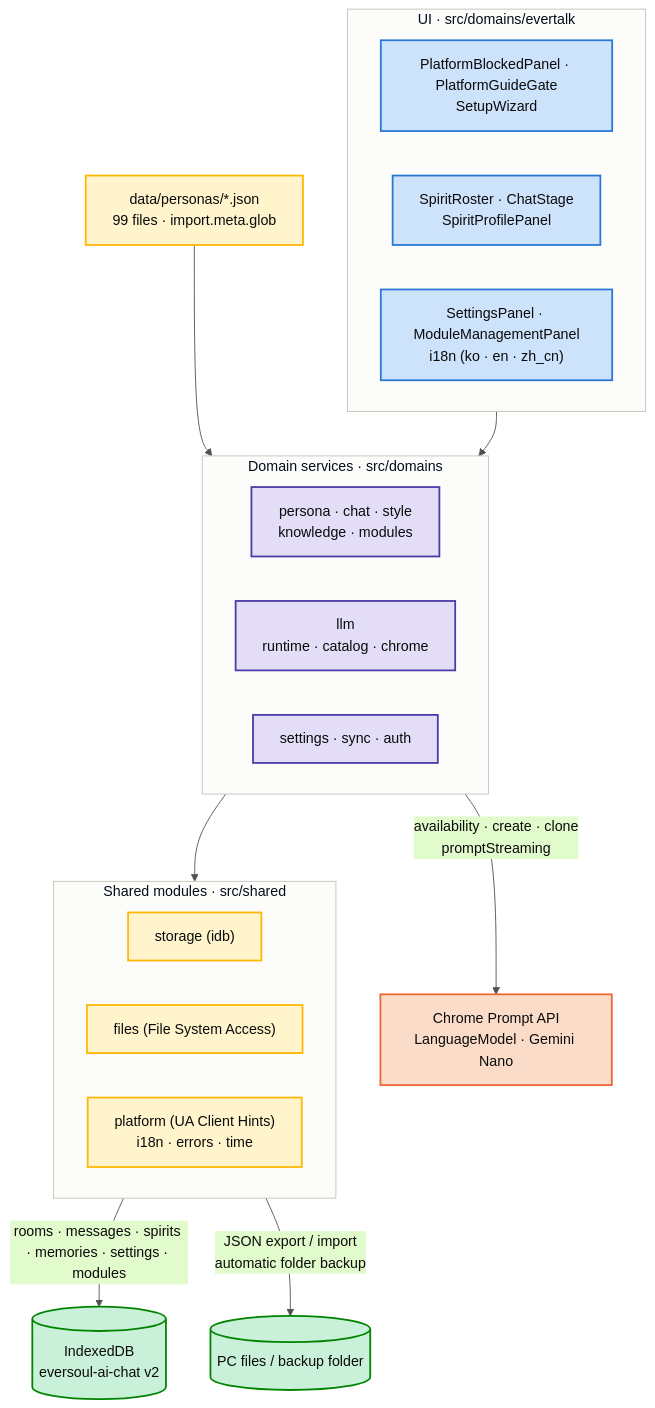
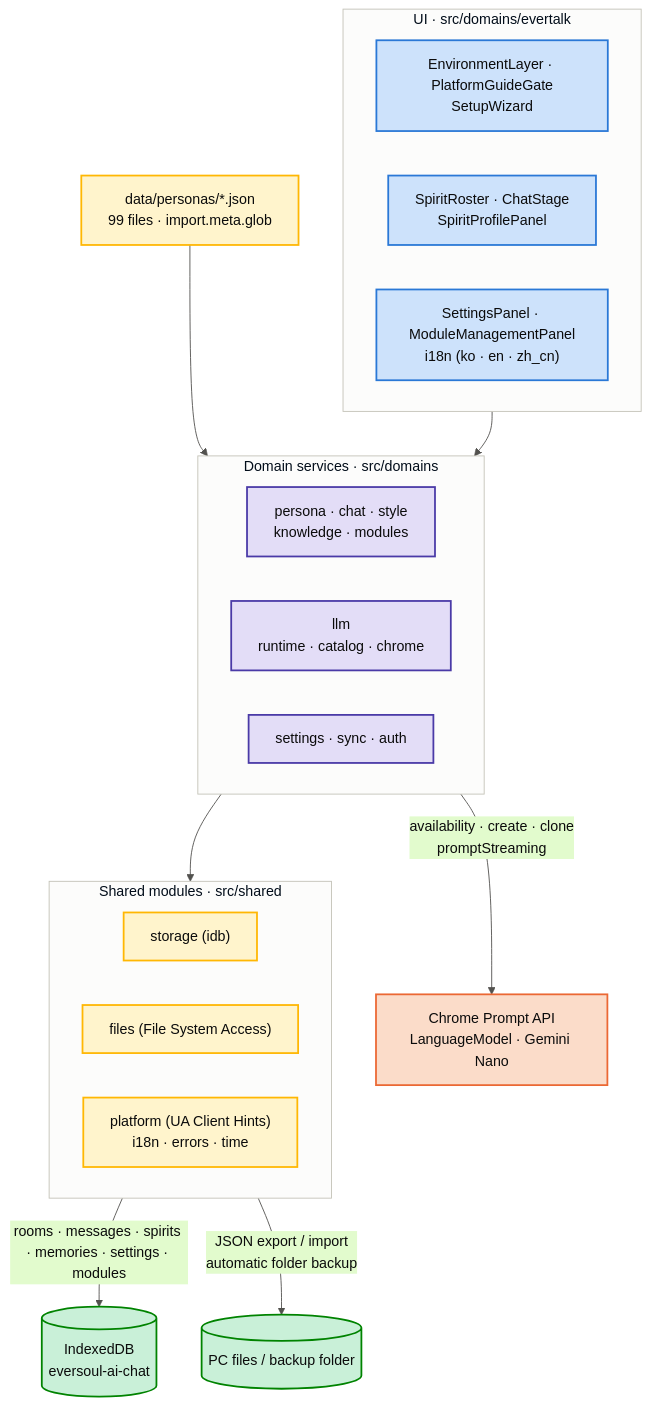
The diagram in README.en.md (GarnetRapture/evai), drawn with Mermaid before and after one commit. The commit also changed other lines of this file and 103 other files, not shown here.

````diff
--- a/README.en.md
+++ b/README.en.md
@@ -235,43 +235,43 @@
 ```mermaid
 %%{init: {'theme': 'base', 'themeVariables': {'primaryColor': '#cde2fb', 'primaryBorderColor': '#2a78d6', 'primaryTextColor': '#0b0b0b', 'lineColor': '#52514e', 'clusterBkg': '#fcfcfb', 'clusterBorder': '#c3c2b7', 'fontFamily': 'system-ui, -apple-system, Segoe UI, sans-serif'}}}%%
 flowchart TB
     subgraph UI["UI · src/domains/evertalk"]
         direction LR
-        UI1["PlatformBlockedPanel · PlatformGuideGate<br/>SetupWizard"]
+        UI1["EnvironmentLayer · PlatformGuideGate<br/>SetupWizard"]
         UI2["SpiritRoster · ChatStage<br/>SpiritProfilePanel"]
         UI3["SettingsPanel · ModuleManagementPanel<br/>i18n (ko · en · zh_cn)"]
     end
 
     subgraph DOMAIN["Domain services · src/domains"]
         direction LR
         D1["persona · chat · style<br/>knowledge · modules"]
         D2["llm<br/>runtime · catalog · chrome"]
         D3["settings · sync · auth"]
     end
 
     subgraph SHARED["Shared modules · src/shared"]
         direction LR
         S1["storage (idb)"]
         S2["files (File System Access)"]
         S3["platform (UA Client Hints)<br/>i18n · errors · time"]
     end
 
     UI --> DOMAIN
     DOMAIN --> SHARED
     PACK["data/personas/*.json<br/>99 files · import.meta.glob"] --> D1
-    S1 -- "rooms · messages · spirits · memories · settings · modules" --> DB[("IndexedDB<br/>eversoul-ai-chat v2")]
+    S1 -- "rooms · messages · spirits · memories · settings · modules" --> DB[("IndexedDB<br/>eversoul-ai-chat")]
     S2 -- "JSON export / import<br/>automatic folder backup" --> PC[("PC files / backup folder")]
     D2 -- "availability · create · clone<br/>promptStreaming" --> LLM["Chrome Prompt API<br/>LanguageModel · Gemini Nano"]
 
     classDef uiStyle fill:#cde2fb,stroke:#2a78d6,stroke-width:2px,color:#0b0b0b
     classDef domainStyle fill:#e3ddf7,stroke:#4a3aa7,stroke-width:2px,color:#0b0b0b
     classDef sharedStyle fill:#fff4cc,stroke:#ffb703,stroke-width:2px,color:#0b0b0b
     classDef dbStyle fill:#c9f0d8,stroke:#008300,stroke-width:2px,color:#0b0b0b
     classDef llmStyle fill:#fbdcc9,stroke:#eb6834,stroke-width:2px,color:#0b0b0b
 
     class UI1,UI2,UI3 uiStyle
     class D1,D2,D3 domainStyle
     class S1,S2,S3,PACK sharedStyle
     class DB,PC dbStyle
     class LLM llmStyle
 ```
````
